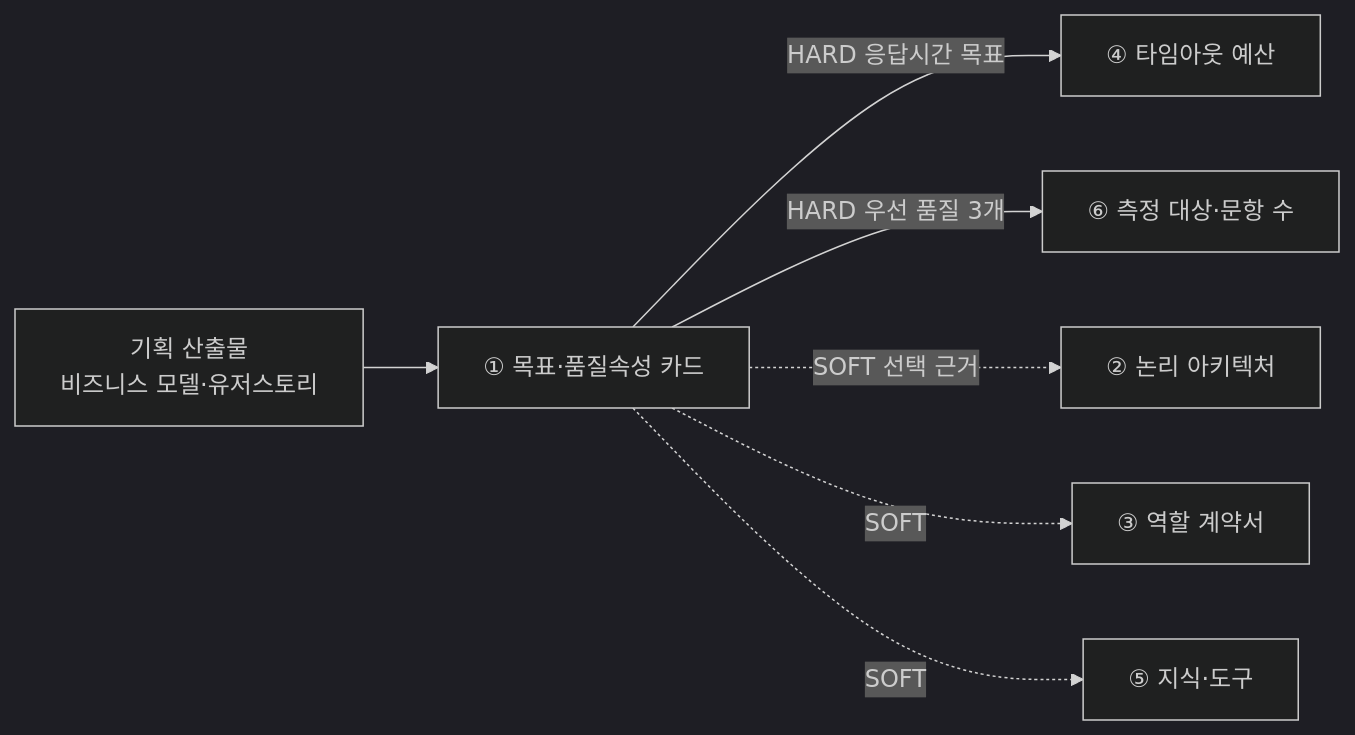
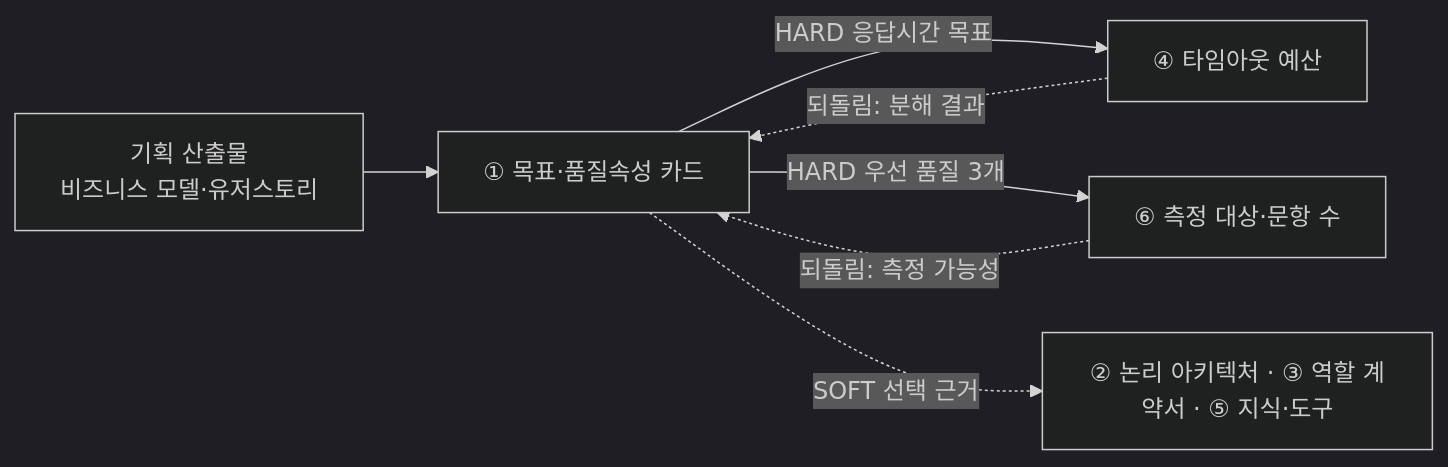
The diagram in guides/01-목표품질속성카드-가이드.md (unicorn-campus/design-agentic-ai), drawn with Mermaid (dark theme) before and after one commit. The commit also changed other lines of this file and 19 other files, not shown here.

````diff
--- a/guides/01-목표품질속성카드-가이드.md
+++ b/guides/01-목표품질속성카드-가이드.md
@@ -16,9 +16,9 @@
 ```mermaid
 flowchart LR
   BM["기획 산출물<br/>비즈니스 모델·유저스토리"] --> C["① 목표·품질속성 카드"]
   C -->|"HARD 응답시간 목표"| S4["④ 타임아웃 예산"]
   C -->|"HARD 우선 품질 3개"| S6["⑥ 측정 대상·문항 수"]
-  C -.->|"SOFT 선택 근거"| S2["② 논리 아키텍처"]
-  C -.->|"SOFT"| S3["③ 역할 계약서"]
-  C -.->|"SOFT"| S5["⑤ 지식·도구"]
+  C -.->|"SOFT 선택 근거"| S2["② 논리 아키텍처 · ③ 역할 계약서 · ⑤ 지식·도구"]
+  S4 -.->|"되돌림: 분해 결과"| C
+  S6 -.->|"되돌림: 측정 가능성"| C
 ```
````
